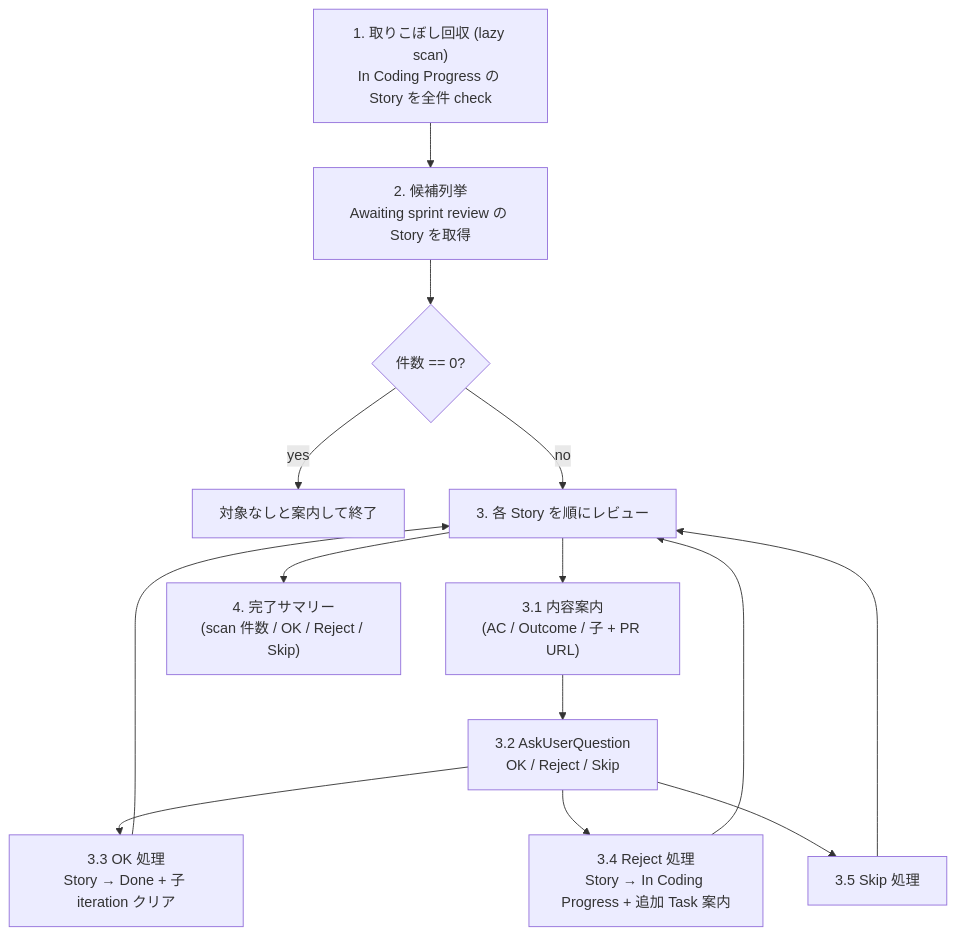
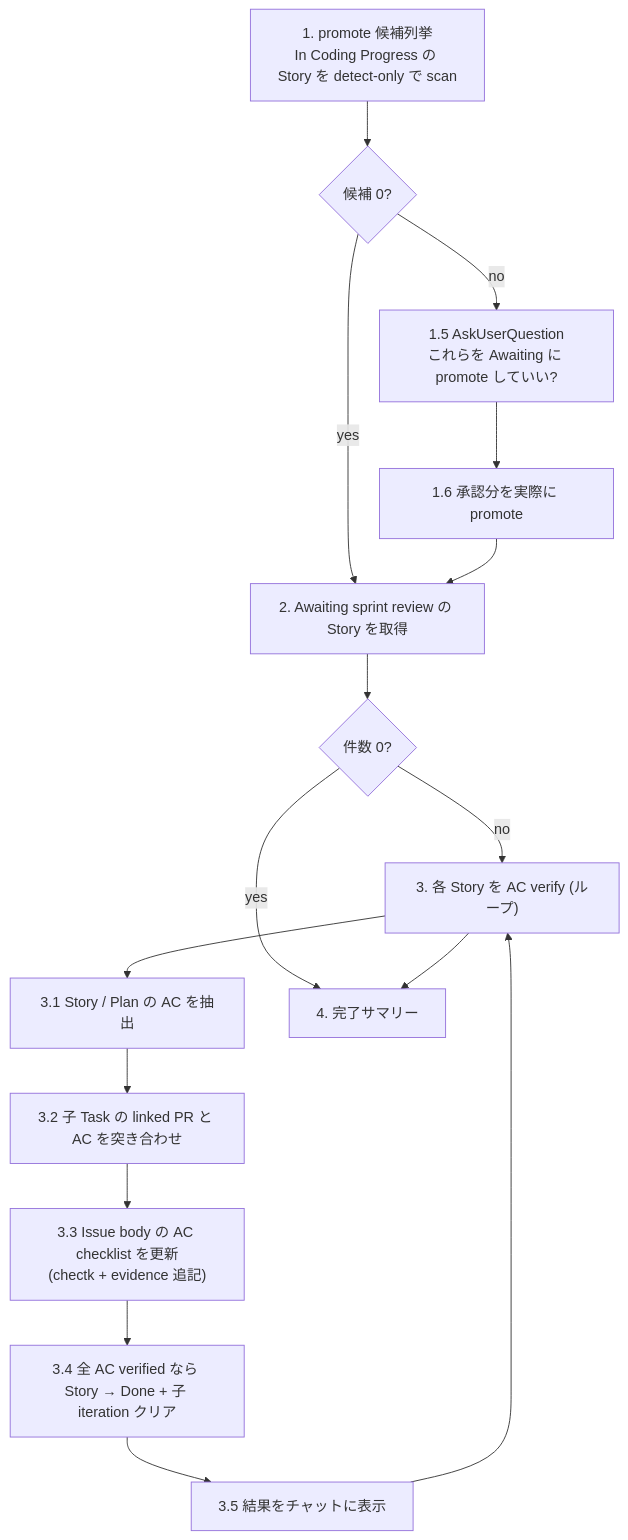
One commit to mrtry-lab/skills changed the diagram in skills/agile-sprint-review/SKILL.md. Above: the diagram before and after it, drawn with Mermaid. The commit also changed other lines of this file and 1 other file, not shown here.

First line of the commit message:
refactor(sprint-review): promote 前ユーザー確認 + AC 自動 verify + 表示のみフロー

````diff
--- a/skills/agile-sprint-review/SKILL.md
+++ b/skills/agile-sprint-review/SKILL.md
@@ -30,22 +30,24 @@
 ```mermaid
 flowchart TB
-  scan["1. 取りこぼし回収 (lazy scan)\nIn Coding Progress の Story を全件 check"]
-  list["2. 候補列挙\nAwaiting sprint review の Story を取得"]
-  empty{"件数 == 0?"}
-  done["対象なしと案内して終了"]
-  loop["3. 各 Story を順にレビュー"]
-  show["3.1 内容案内\n(AC / Outcome / 子 + PR URL)"]
-  ask["3.2 AskUserQuestion\nOK / Reject / Skip"]
-  ok["3.3 OK 処理\nStory → Done + 子 iteration クリア"]
-  reject["3.4 Reject 処理\nStory → In Coding Progress + 追加 Task 案内"]
-  skip["3.5 Skip 処理"]
-  summary["4. 完了サマリー\n(scan 件数 / OK / Reject / Skip)"]
+  detect["1. promote 候補列挙\nIn Coding Progress の Story を detect-only で scan"]
+  empty1{"候補 0?"}
+  ask["1.5 AskUserQuestion\nこれらを Awaiting に promote していい?"]
+  promote["1.6 承認分を実際に promote"]
+  list["2. Awaiting sprint review の Story を取得"]
+  empty2{"件数 0?"}
+  loop["3. 各 Story を AC verify (ループ)"]
+  parse["3.1 Story / Plan の AC を抽出"]
+  match["3.2 子 Task の linked PR と AC を突き合わせ"]
+  update["3.3 Issue body の AC checklist を更新\n(chectk + evidence 追記)"]
+  done["3.4 全 AC verified なら Story → Done + 子 iteration クリア"]
+  show["3.5 結果をチャットに表示"]
+  summary["4. 完了サマリー"]
 
-  scan --> list --> empty
-  empty -- yes --> done
-  empty -- no --> loop --> show --> ask
-  ask --> ok --> loop
-  ask --> reject --> loop
-  ask --> skip --> loop
+  detect --> empty1
+  empty1 -- yes --> list
+  empty1 -- no --> ask --> promote --> list
+  list --> empty2
+  empty2 -- yes --> summary
+  empty2 -- no --> loop --> parse --> match --> update --> done --> show --> loop
   loop --> summary
 ```
````
